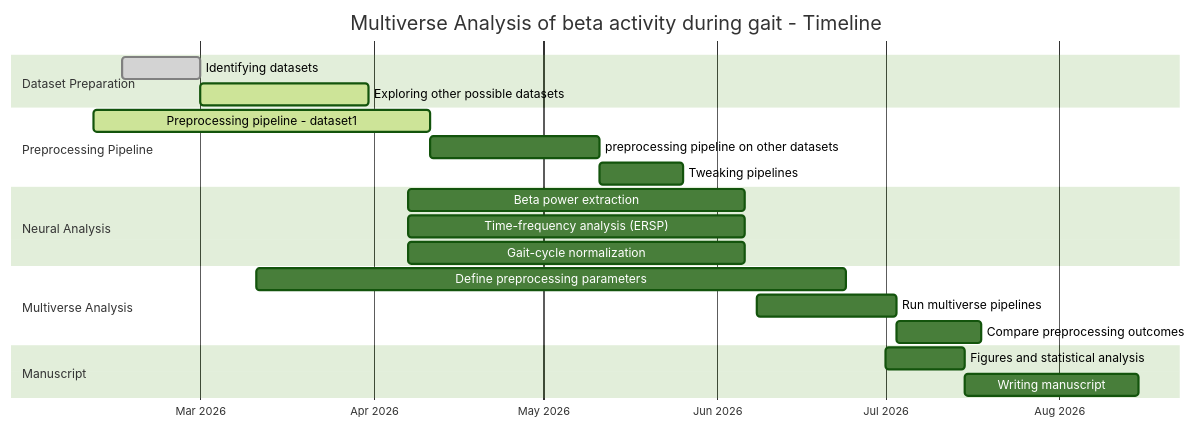
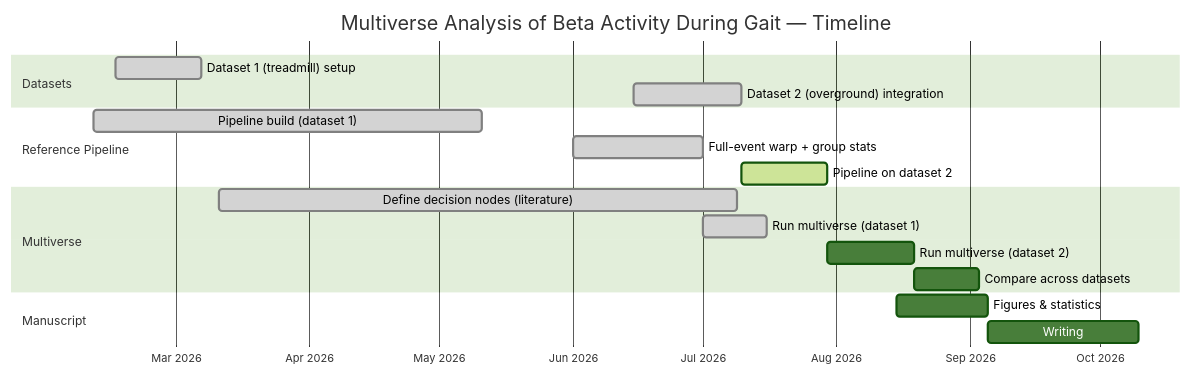
Before and after one commit to vaishvd/betaGaitMultiverse: the third of 3 diagrams in readme.md, drawn with Mermaid (forest theme). The commit also changed other lines of this file, not shown here.

Commit message:
Refactor README to enhance clarity on beta activity analysis; update dataset descriptions and preprocessing details

````diff
--- a/readme.md
+++ b/readme.md
@@ -258,29 +243,25 @@
 ```mermaid
 gantt
-    title Multiverse Analysis of beta activity during gait - Timeline
+    title Multiverse Analysis of Beta Activity During Gait — Timeline
     dateFormat  YYYY-MM-DD
     axisFormat  %b %Y
 
-    section Dataset Preparation
-    Identifying datasets          :done, a1, 2026-02-15, 14d
-    Exploring other possible datasets    :active, a2, after a1, 30d
+    section Datasets
+    Dataset 1 (treadmill) setup        :done, a1, 2026-02-15, 20d
+    Dataset 2 (overground) integration :done, a2, 2026-06-15, 25d
 
-    section Preprocessing Pipeline
-    Preprocessing pipeline - dataset1    :active, b1, 2026-02-10, 60d
-    preprocessing pipeline on other datasets       :b2, after b1, 30d
-    Tweaking pipelines          :b3, after b2, 15d
+    section Reference Pipeline
+    Pipeline build (dataset 1)         :done, b1, 2026-02-10, 90d
+    Full-event warp + group stats      :done, b2, 2026-06-01, 30d
+    Pipeline on dataset 2              :active, b3, 2026-07-10, 20d
 
-    section Neural Analysis
-    Beta power extraction               :c1, 2026-04-07, 60d
-    Time-frequency analysis (ERSP)      :c2, 2026-04-07, 60d
-    Gait-cycle normalization            :c3, 2026-04-07, 60d
-
-    section Multiverse Analysis
-    Define preprocessing parameters     :d1, 2026-03-11, 105d
-    Run multiverse pipelines            :d2, 2026-06-08 , 25d
-    Compare preprocessing outcomes      :d3, after d2, 15d
+    section Multiverse
+    Define decision nodes (literature) :done, d1, 2026-03-11, 120d
+    Run multiverse (dataset 1)         :done, d2, 2026-07-01, 15d
+    Run multiverse (dataset 2)         :d3, after b3, 20d
+    Compare across datasets            :d4, after d3, 15d
 
     section Manuscript
-    Figures and statistical analysis    :e1, 2026-07-01, 14d
-    Writing manuscript                  :e2, after e1, 31d
+    Figures & statistics               :e1, 2026-08-15, 21d
+    Writing                            :e2, after e1, 35d
 ```
````
